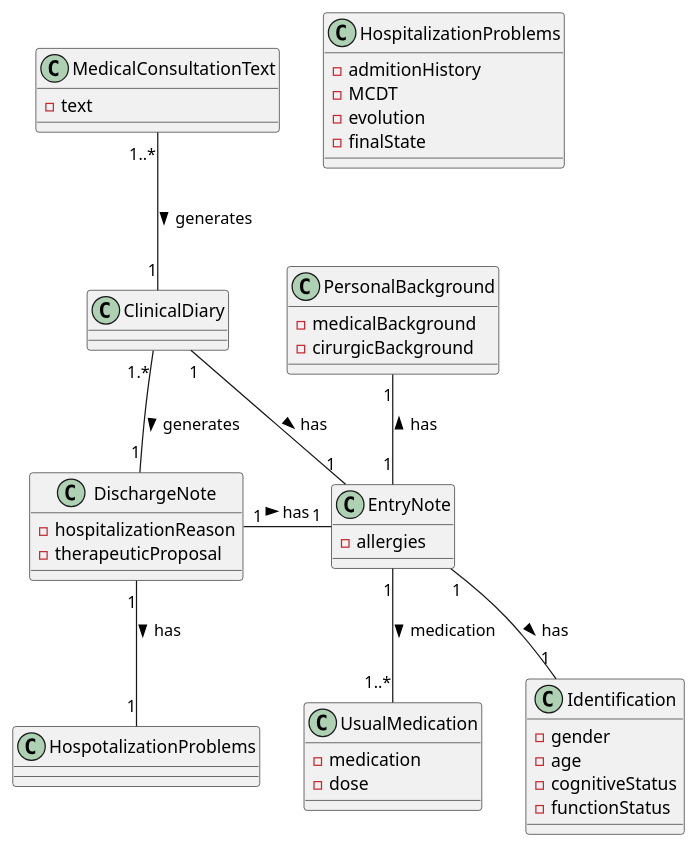
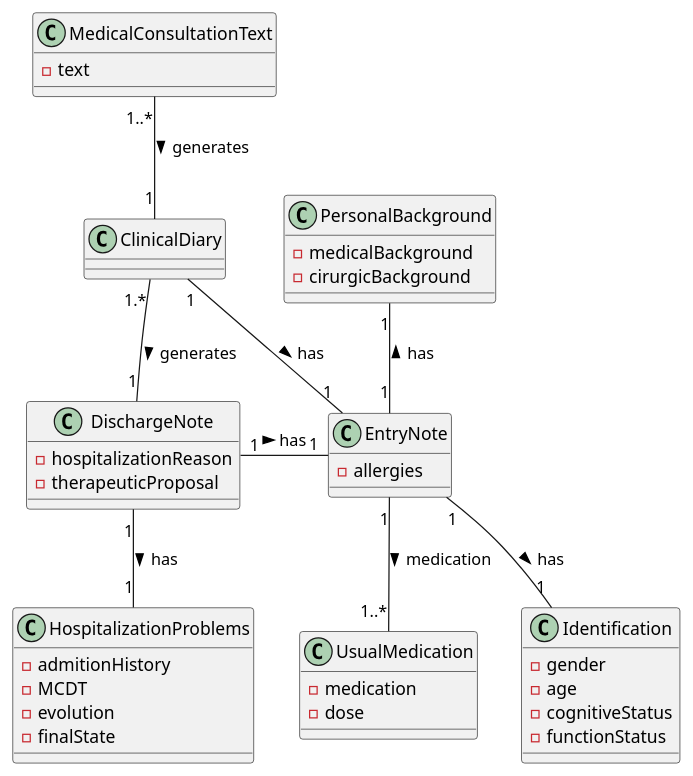
Before and after one commit to rafaelbranco16/SimplifAI: the diagram in docs/backend_dm.puml, drawn with PlantUML. The commit also changed 41 other files, not shown here.

```diff
--- a/docs/backend_dm.puml
+++ b/docs/backend_dm.puml
@@ -1,60 +1,60 @@
 @startuml backend_DM
 
 class ClinicalDiary {
 }
 'DischargeNote
 class DischargeNote {
     - hospitalizationReason
     - therapeuticProposal
 }
 
 class HospitalizationProblems {
     - admitionHistory
     - MCDT
     - evolution
     - finalState
 }
 
 
 'Entry Note
 class EntryNote {
     - allergies
 }
 
 class Identification {
     - gender
     - age
     - cognitiveStatus
     - functionStatus
 }
 
 class PersonalBackground {
     - medicalBackground
     - cirurgicBackground
 }
 
 class UsualMedication {
     - medication
     - dose
 }
 
 
 class MedicalConsultationText {
     - text
 }
 
 
 MedicalConsultationText "1..*" -- "1" ClinicalDiary : generates >
 ClinicalDiary "1.*" -- "1" DischargeNote : generates >
 
 'Discharge Note
 DischargeNote "1" - "1" EntryNote : has >
 EntryNote "1" -- "1" Identification : has >
 PersonalBackground "1" -- "1" EntryNote : has <
 EntryNote "1" -- "1..*" UsualMedication : medication >
-DischargeNote "1" -- "1" HospotalizationProblems : has > 
+DischargeNote "1" -- "1" HospitalizationProblems : has > 
 
 'ClinicalDiary
 ClinicalDiary "1" -- "1" EntryNote : has > 
 
 @enduml
```
